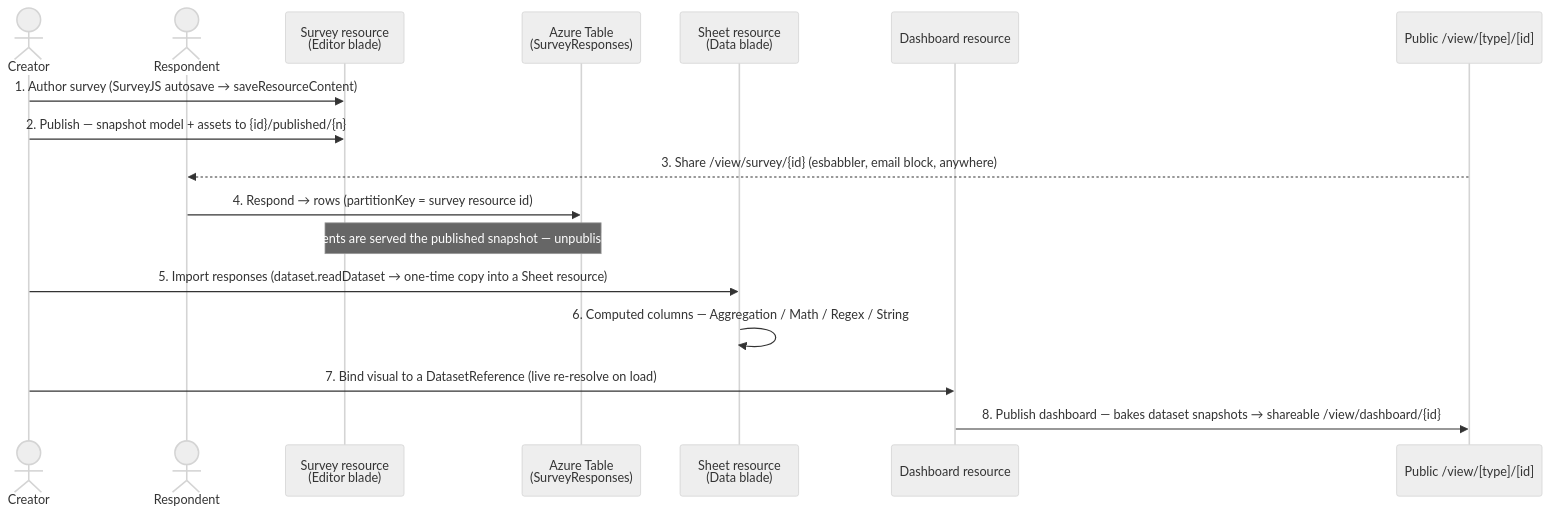
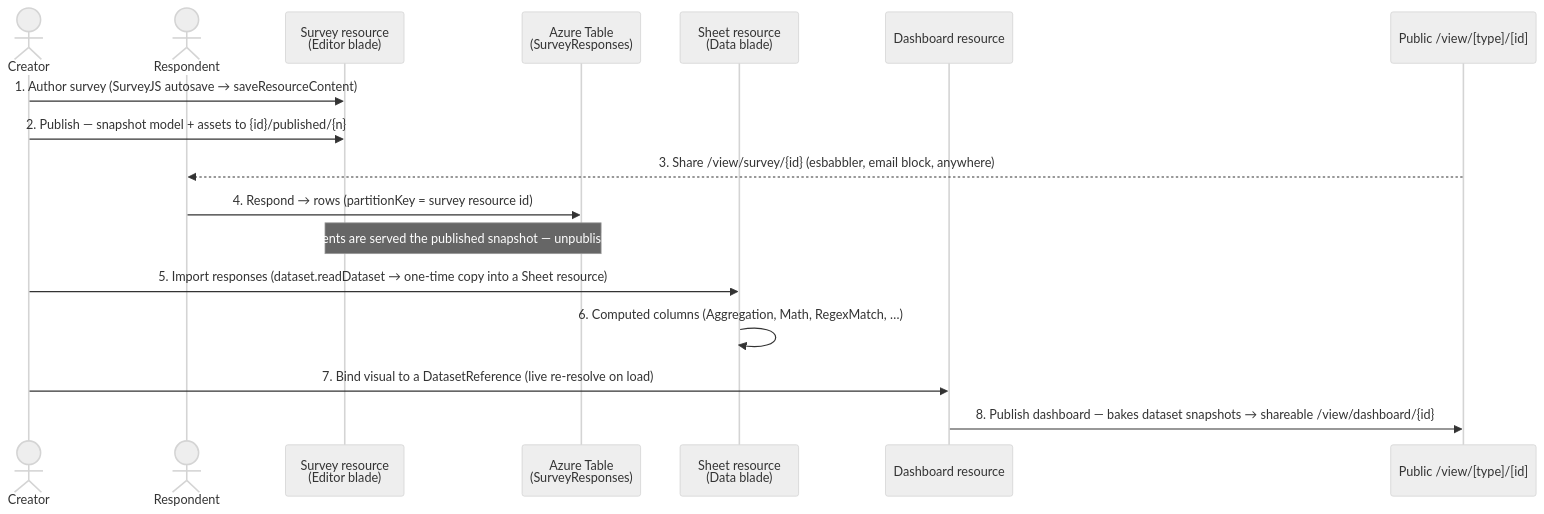
Before and after one commit to Esposter/Esposter: the second of 2 diagrams in packages/app/content/docs/architecture/platform.md, drawn with Mermaid (neutral theme). The commit also changed other lines of this file and 14 other files, not shown here.

First line of the commit message:
docs: sync architecture pages with shipped resource types, fix promoted-proposal links, add consistency-test proposals

````diff
--- a/packages/app/content/docs/architecture/platform.md
+++ b/packages/app/content/docs/architecture/platform.md
@@ -65,20 +72,20 @@
 ```mermaid
 sequenceDiagram
   actor Creator
   actor Respondent
   participant SV as Survey resource<br/>(Editor blade)
   participant AT as Azure Table<br/>(SurveyResponses)
   participant SH as Sheet resource<br/>(Data blade)
   participant DB as Dashboard resource
   participant PUB as Public /view/[type]/[id]
 
   Creator->>SV: 1. Author survey (SurveyJS autosave → saveResourceContent)
   Creator->>SV: 2. Publish — snapshot model + assets to {id}/published/{n}
   PUB-->>Respondent: 3. Share /view/survey/{id} (esbabbler, email block, anywhere)
   Respondent->>AT: 4. Respond → rows (partitionKey = survey resource id)
   Note over SV,AT: Respondents are served the published snapshot — unpublished 404s
   Creator->>SH: 5. Import responses (dataset.readDataset → one-time copy into a Sheet resource)
-  SH->>SH: 6. Computed columns — Aggregation / Math / Regex / String
+  SH->>SH: 6. Computed columns (Aggregation, Math, RegexMatch, …)
   Creator->>DB: 7. Bind visual to a DatasetReference (live re-resolve on load)
   DB->>PUB: 8. Publish dashboard — bakes dataset snapshots → shareable /view/dashboard/{id}
 ```
````
